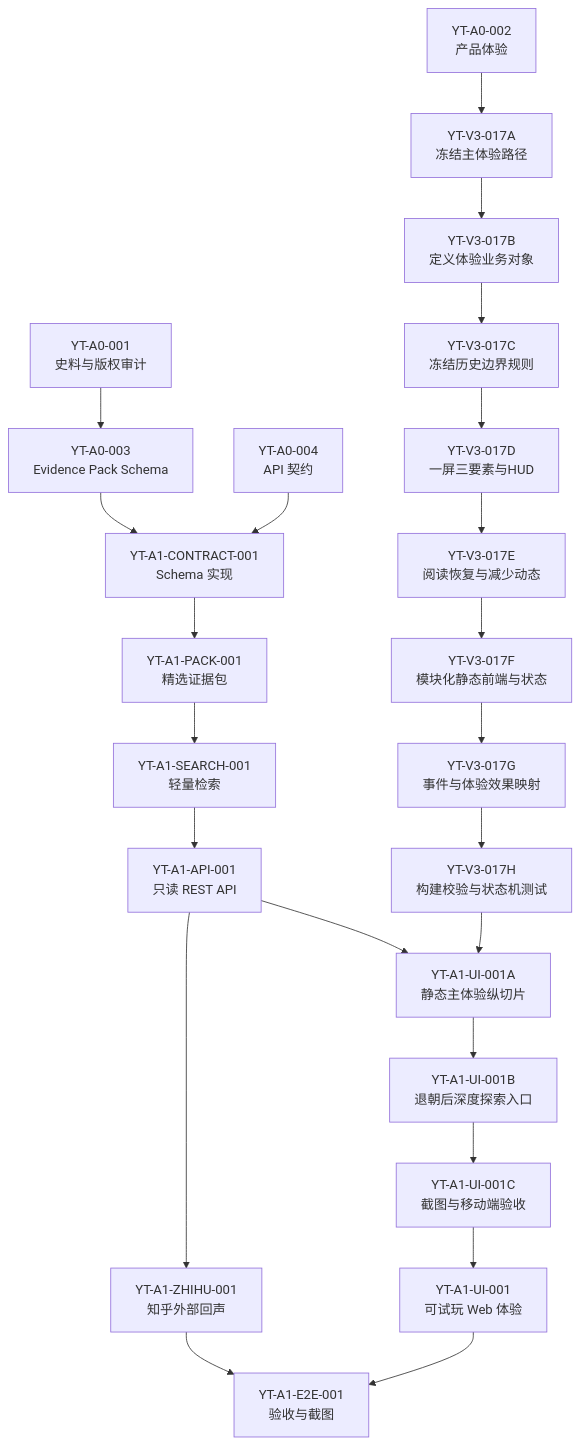
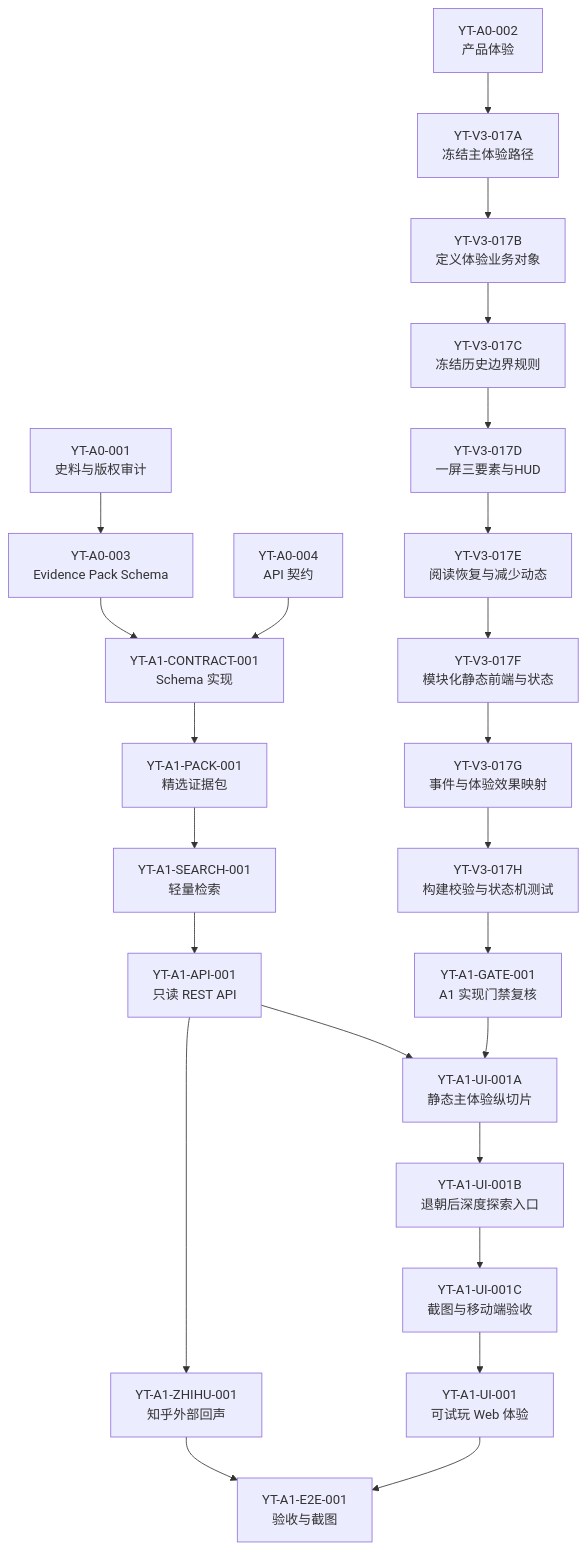
One commit to baijianqing/yantie-history changed the diagram in docs/YANTIE_TASK_BREAKDOWN.md. Above: the diagram before and after it, drawn with Mermaid. The commit also changed other lines of this file, not shown here.

Commit message:
docs: define yantie a1 gate review

````diff
--- a/docs/YANTIE_TASK_BREAKDOWN.md
+++ b/docs/YANTIE_TASK_BREAKDOWN.md
@@ -24,26 +24,27 @@
 ```mermaid
 flowchart TB
     A001["YT-A0-001<br/>史料与版权审计"] --> A003["YT-A0-003<br/>Evidence Pack Schema"]
     A002["YT-A0-002<br/>产品体验"]
     A003 --> C001["YT-A1-CONTRACT-001<br/>Schema 实现"]
     A004["YT-A0-004<br/>API 契约"] --> C001
     C001 --> P001["YT-A1-PACK-001<br/>精选证据包"]
     P001 --> S001["YT-A1-SEARCH-001<br/>轻量检索"]
     S001 --> API001["YT-A1-API-001<br/>只读 REST API"]
     API001 --> UI001A["YT-A1-UI-001A<br/>静态主体验纵切片"]
     UI001A --> UI001B["YT-A1-UI-001B<br/>退朝后深度探索入口"]
     UI001B --> UI001C["YT-A1-UI-001C<br/>截图与移动端验收"]
     UI001C --> UI001["YT-A1-UI-001<br/>可试玩 Web 体验"]
     API001 --> ZH001["YT-A1-ZHIHU-001<br/>知乎外部回声"]
     UI001 --> E2E001["YT-A1-E2E-001<br/>验收与截图"]
     ZH001 --> E2E001
     A002 --> V3017A["YT-V3-017A<br/>冻结主体验路径"]
     V3017A --> V3017B["YT-V3-017B<br/>定义体验业务对象"]
     V3017B --> V3017C["YT-V3-017C<br/>冻结历史边界规则"]
     V3017C --> V3017D["YT-V3-017D<br/>一屏三要素与HUD"]
     V3017D --> V3017E["YT-V3-017E<br/>阅读恢复与减少动态"]
     V3017E --> V3017F["YT-V3-017F<br/>模块化静态前端与状态"]
     V3017F --> V3017G["YT-V3-017G<br/>事件与体验效果映射"]
     V3017G --> V3017H["YT-V3-017H<br/>构建校验与状态机测试"]
-    V3017H --> UI001A
+    V3017H --> GATE001["YT-A1-GATE-001<br/>A1 实现门禁复核"]
+    GATE001 --> UI001A
 ```
````
